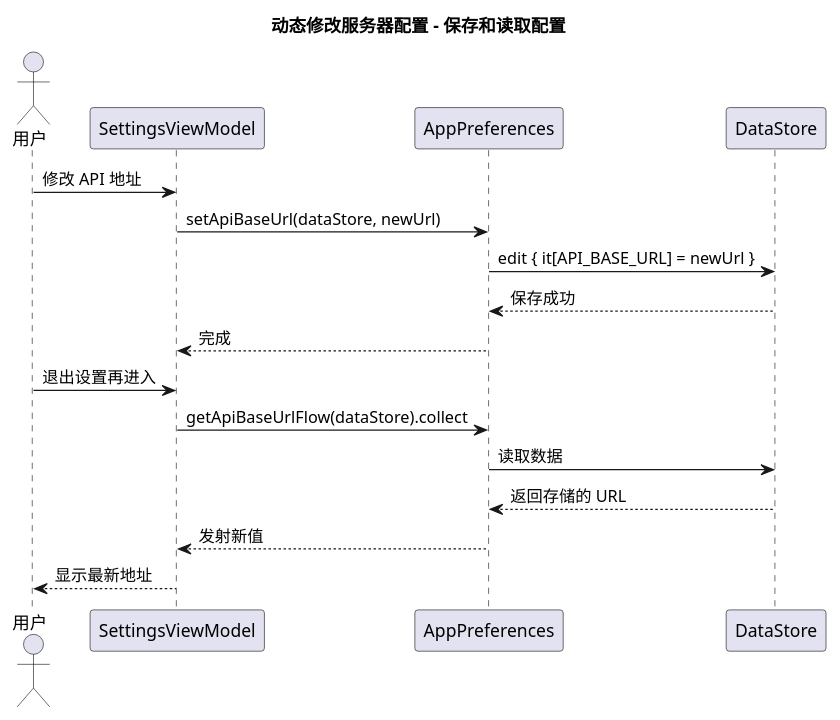
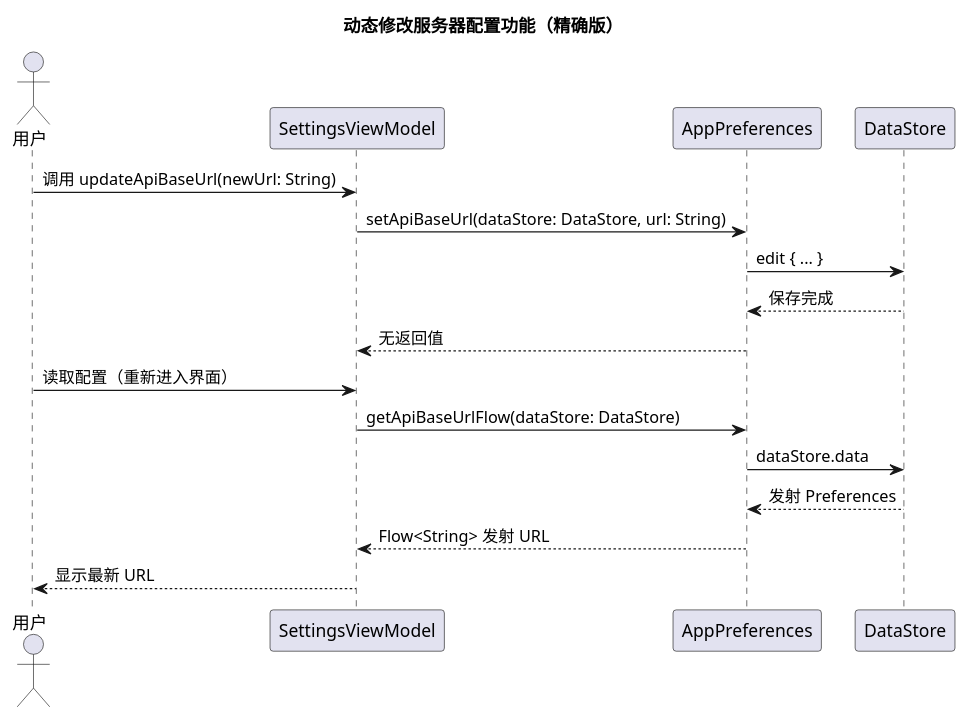
The diagram in developer_doc/app_config.plantuml (yzsgith/Android_client), drawn with PlantUML before and after one commit. The commit also changed 39 other files, not shown here.

Commit message:
对每一个功能对应的唯时序图进行了规范，使其作为二次开发的利器,并增加了read.md，用以描述核心理念和二次开发流程

```diff
--- a/developer_doc/app_config.plantuml
+++ b/developer_doc/app_config.plantuml
@@ -1,20 +1,20 @@
 @startuml
-title 动态修改服务器配置 - 保存和读取配置
+title 动态修改服务器配置功能（精确版）
 
 actor 用户
 participant "SettingsViewModel" as VM
 participant "AppPreferences" as Prefs
 participant "DataStore" as DS
 
-用户 -> VM: 修改 API 地址
-VM -> Prefs: setApiBaseUrl(dataStore, newUrl)
-Prefs -> DS: edit { it[API_BASE_URL] = newUrl }
-DS --> Prefs: 保存成功
-Prefs --> VM: 完成
-用户 -> VM: 退出设置再进入
-VM -> Prefs: getApiBaseUrlFlow(dataStore).collect
-Prefs -> DS: 读取数据
-DS --> Prefs: 返回存储的 URL
-Prefs --> VM: 发射新值
-VM --> 用户: 显示最新地址
+用户 -> VM: 调用 updateApiBaseUrl(newUrl: String)
+VM -> Prefs: setApiBaseUrl(dataStore: DataStore, url: String)
+Prefs -> DS: edit { ... }
+DS --> Prefs: 保存完成
+Prefs --> VM: 无返回值
+用户 -> VM: 读取配置（重新进入界面）
+VM -> Prefs: getApiBaseUrlFlow(dataStore: DataStore)
+Prefs -> DS: dataStore.data
+DS --> Prefs: 发射 Preferences
+Prefs --> VM: Flow<String> 发射 URL
+VM --> 用户: 显示最新 URL
 @enduml
```
